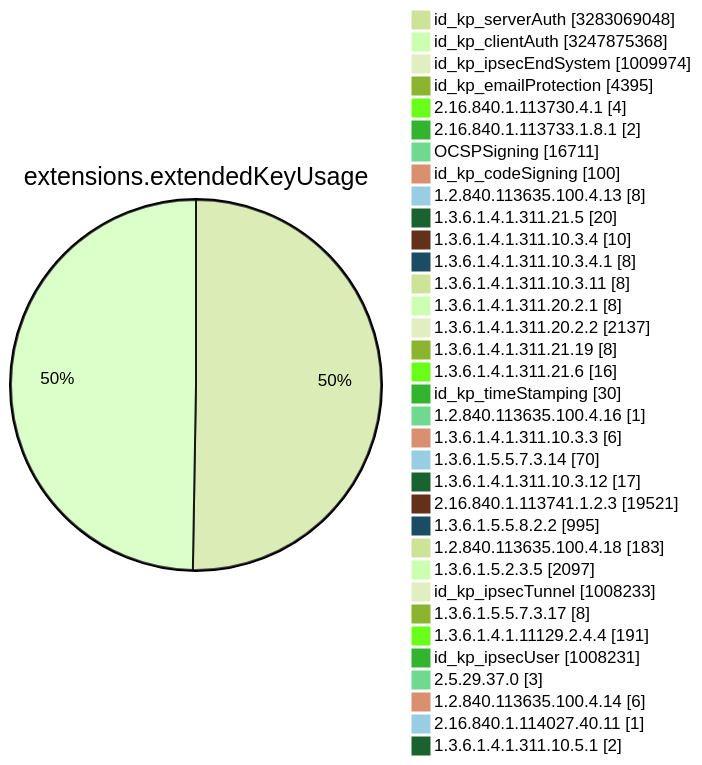
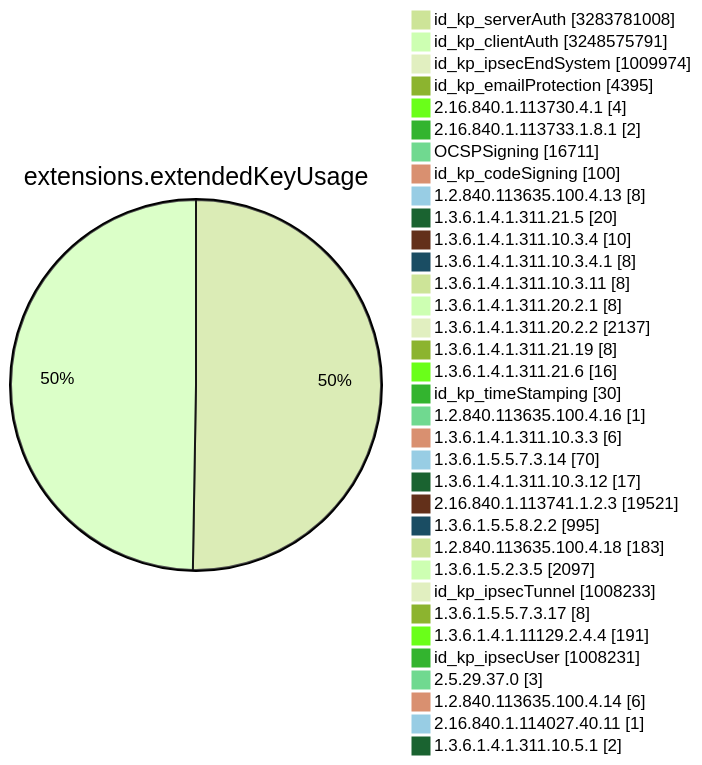
Before and after one commit to christiankrug/ctmonitor_visualization: diagram 11 of 15 in TOTAL/README.md, drawn with Mermaid (forest theme). The commit also changed other lines of this file, not shown here.

````diff
--- a/TOTAL/README.md
+++ b/TOTAL/README.md
@@ -4119,38 +4119,38 @@
 ```mermaid
 pie showData
 title extensions.extendedKeyUsage
-"id_kp_serverAuth" :3283069048
-"id_kp_clientAuth" :3247875368
+"id_kp_serverAuth" :3283781008
+"id_kp_clientAuth" :3248575791
 "id_kp_ipsecEndSystem" :1009974
 "id_kp_emailProtection" :4395
 "2.16.840.1.113730.4.1" :4
 "2.16.840.1.113733.1.8.1" :2
 "OCSPSigning" :16711
 "id_kp_codeSigning" :100
 "1.2.840.113635.100.4.13" :8
 "1.3.6.1.4.1.311.21.5" :20
 "1.3.6.1.4.1.311.10.3.4" :10
 "1.3.6.1.4.1.311.10.3.4.1" :8
 "1.3.6.1.4.1.311.10.3.11" :8
 "1.3.6.1.4.1.311.20.2.1" :8
 "1.3.6.1.4.1.311.20.2.2" :2137
 "1.3.6.1.4.1.311.21.19" :8
 "1.3.6.1.4.1.311.21.6" :16
 "id_kp_timeStamping" :30
 "1.2.840.113635.100.4.16" :1
 "1.3.6.1.4.1.311.10.3.3" :6
 "1.3.6.1.5.5.7.3.14" :70
 "1.3.6.1.4.1.311.10.3.12" :17
 "2.16.840.1.113741.1.2.3" :19521
 "1.3.6.1.5.5.8.2.2" :995
 "1.2.840.113635.100.4.18" :183
 "1.3.6.1.5.2.3.5" :2097
 "id_kp_ipsecTunnel" :1008233
 "1.3.6.1.5.5.7.3.17" :8
 "1.3.6.1.4.1.11129.2.4.4" :191
 "id_kp_ipsecUser" :1008231
 "2.5.29.37.0" :3
 "1.2.840.113635.100.4.14" :6
 "2.16.840.1.114027.40.11" :1
 "1.3.6.1.4.1.311.10.5.1" :2
 ```
````
